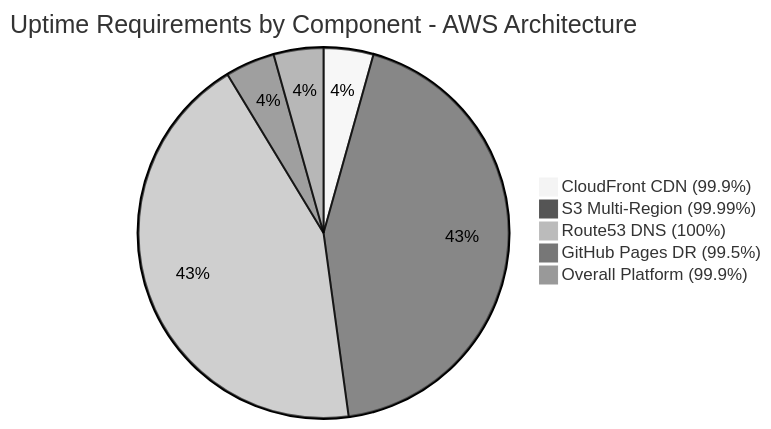
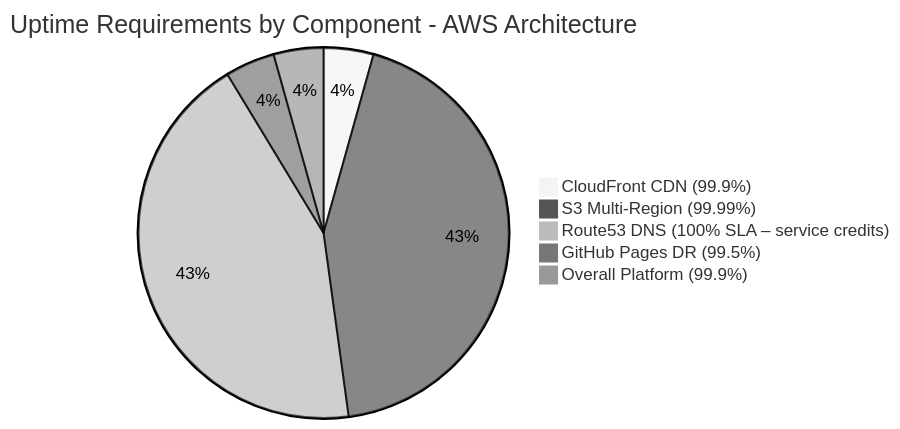
Diagram 14 of 33 in docs/architecture/BCPPlan.md (Hack23/cia-compliance-manager), drawn with Mermaid (neutral theme) before and after one commit. The commit also changed other lines of this file and 3 other files, not shown here.

````diff
--- a/docs/architecture/BCPPlan.md
+++ b/docs/architecture/BCPPlan.md
@@ -560,8 +560,8 @@
 ```mermaid
 pie title Uptime Requirements by Component - AWS Architecture
     "CloudFront CDN (99.9%)" : 999
     "S3 Multi-Region (99.99%)" : 9999
-    "Route53 DNS (100%)" : 10000
+    "Route53 DNS (100% SLA – service credits)" : 10000
     "GitHub Pages DR (99.5%)" : 995
     "Overall Platform (99.9%)" : 999
 ```
````
